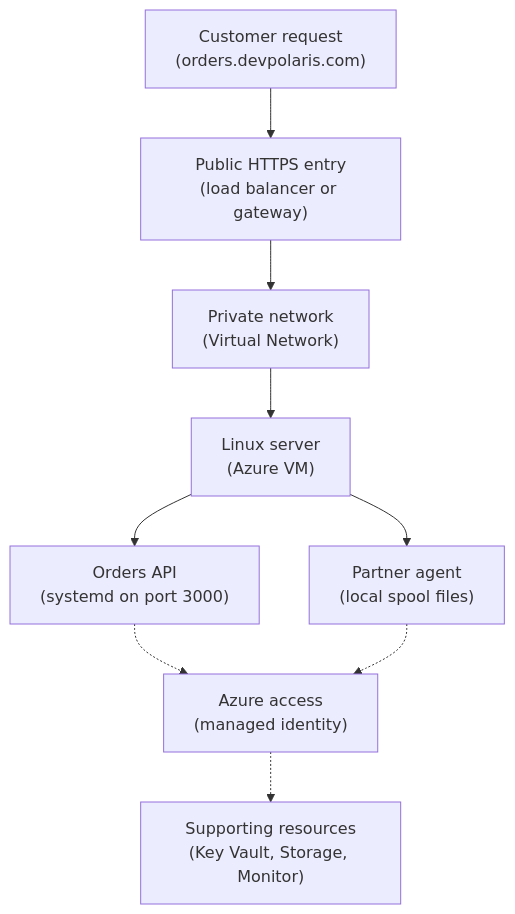
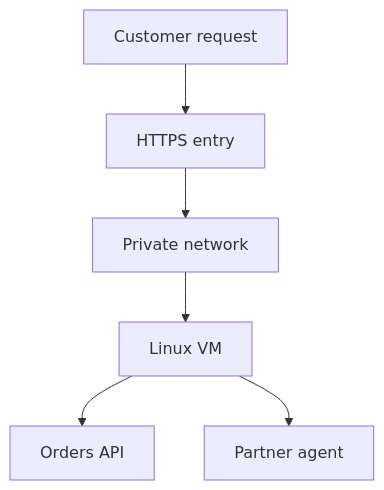
One commit to senlinyy/dev-roadmaps changed the first of 2 diagrams in cloud-providers/azure/compute-application-hosting/azure-virtual-machines.md. Above: the diagram before and after it, drawn with Mermaid. The commit also changed other lines of this file and 141 other files, not shown here.

````diff
--- a/cloud-providers/azure/compute-application-hosting/azure-virtual-machines.md
+++ b/cloud-providers/azure/compute-application-hosting/azure-virtual-machines.md
@@ -117,20 +118,8 @@
 ```mermaid
 flowchart TD
-    USER["Customer request<br/>(orders.devpolaris.com)"]
-    ENTRY["Public HTTPS entry<br/>(load balancer or gateway)"]
-    VNET["Private network<br/>(Virtual Network)"]
-    VM["Linux server<br/>(Azure VM)"]
-    API["Orders API<br/>(systemd on port 3000)"]
-    AGENT["Partner agent<br/>(local spool files)"]
-    IDENTITY["Azure access<br/>(managed identity)"]
-    AZURE["Supporting resources<br/>(Key Vault, Storage, Monitor)"]
-
-    USER --> ENTRY
-    ENTRY --> VNET
-    VNET --> VM
-    VM --> API
-    VM --> AGENT
-    API -.-> IDENTITY
-    AGENT -.-> IDENTITY
-    IDENTITY -.-> AZURE
+    USER["Customer request"] --> ENTRY["HTTPS entry"]
+    ENTRY --> VNET["Private network"]
+    VNET --> VM["Linux VM"]
+    VM --> API["Orders API"]
+    VM --> AGENT["Partner agent"]
 ```
````
